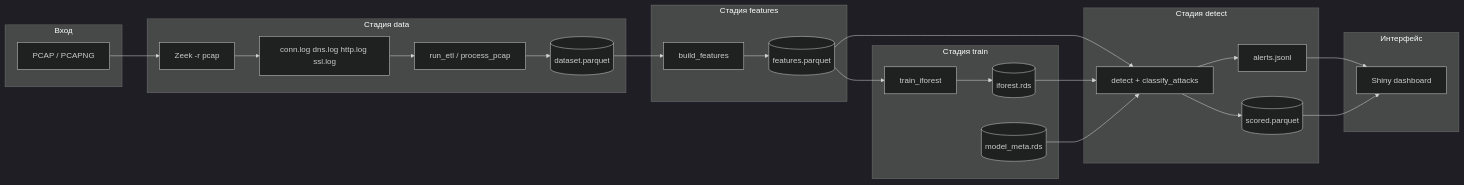
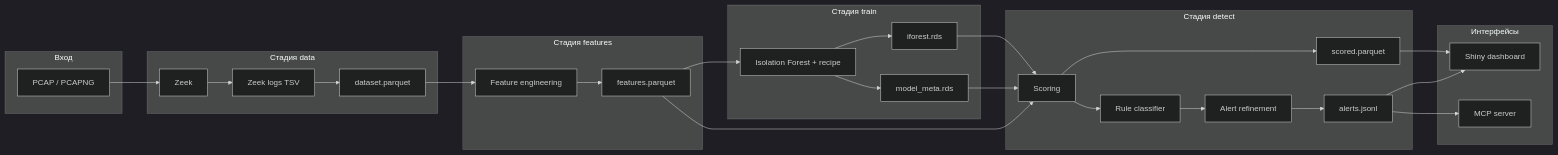
The diagram in README.md (ZWIYS/IDS_AI-ISTD), drawn with Mermaid (dark theme) before and after one commit. The commit also changed other lines of this file, not shown here.

````diff
--- a/README.md
+++ b/README.md
@@ -86,45 +72,48 @@
 ```mermaid
 flowchart LR
   subgraph input [Вход]
     PCAP[PCAP / PCAPNG]
   end
 
-  subgraph stage_data [Стадия data]
-    ZEEK[Zeek -r pcap]
-    LOGS[conn.log dns.log http.log ssl.log]
-    ETL[run_etl / process_pcap]
-    DS[(dataset.parquet)]
+  subgraph etl [Стадия data]
+    Z[Zeek]
+    ZL[Zeek logs TSV]
+    DS[dataset.parquet]
+    PCAP --> Z --> ZL --> DS
   end
 
-  subgraph stage_features [Стадия features]
-    FE[build_features]
-    FP[(features.parquet)]
+  subgraph fe [Стадия features]
+    FE[Feature engineering]
+    FP[features.parquet]
+    DS --> FE --> FP
   end
 
-  subgraph stage_train [Стадия train]
-    TR[train_iforest]
-    MF[(iforest.rds)]
-    MM[(model_meta.rds)]
+  subgraph ml [Стадия train]
+    TR[Isolation Forest + recipe]
+    MF[iforest.rds]
+    MM[model_meta.rds]
+    FP --> TR --> MF
+    TR --> MM
   end
 
-  subgraph stage_detect [Стадия detect]
-    DT[detect + classify_attacks]
-    SC[(scored.parquet)]
-    AL[alerts.jsonl]
+  subgraph det [Стадия detect]
+    SC[Scoring]
+    CL[Rule classifier]
+    RF[Alert refinement]
+    SP[scored.parquet]
+    AJ[alerts.jsonl]
+    FP --> SC
+    MF --> SC
+    MM --> SC
+    SC --> SP
+    SC --> CL --> RF --> AJ
   end
 
-  subgraph ui [Интерфейс]
-    DASH[Shiny dashboard]
+  subgraph ui [Интерфейсы]
+    SH[Shiny dashboard]
+    MCP[MCP server]
+    AJ --> SH
+    SP --> SH
+    AJ --> MCP
   end
-
-  PCAP --> ZEEK --> LOGS --> ETL --> DS
-  DS --> FE --> FP
-  FP --> TR --> MF
-  FP --> DT
-  MF --> DT
-  MM --> DT
-  DT --> SC
-  DT --> AL
-  AL --> DASH
-  SC --> DASH
 ```
````
